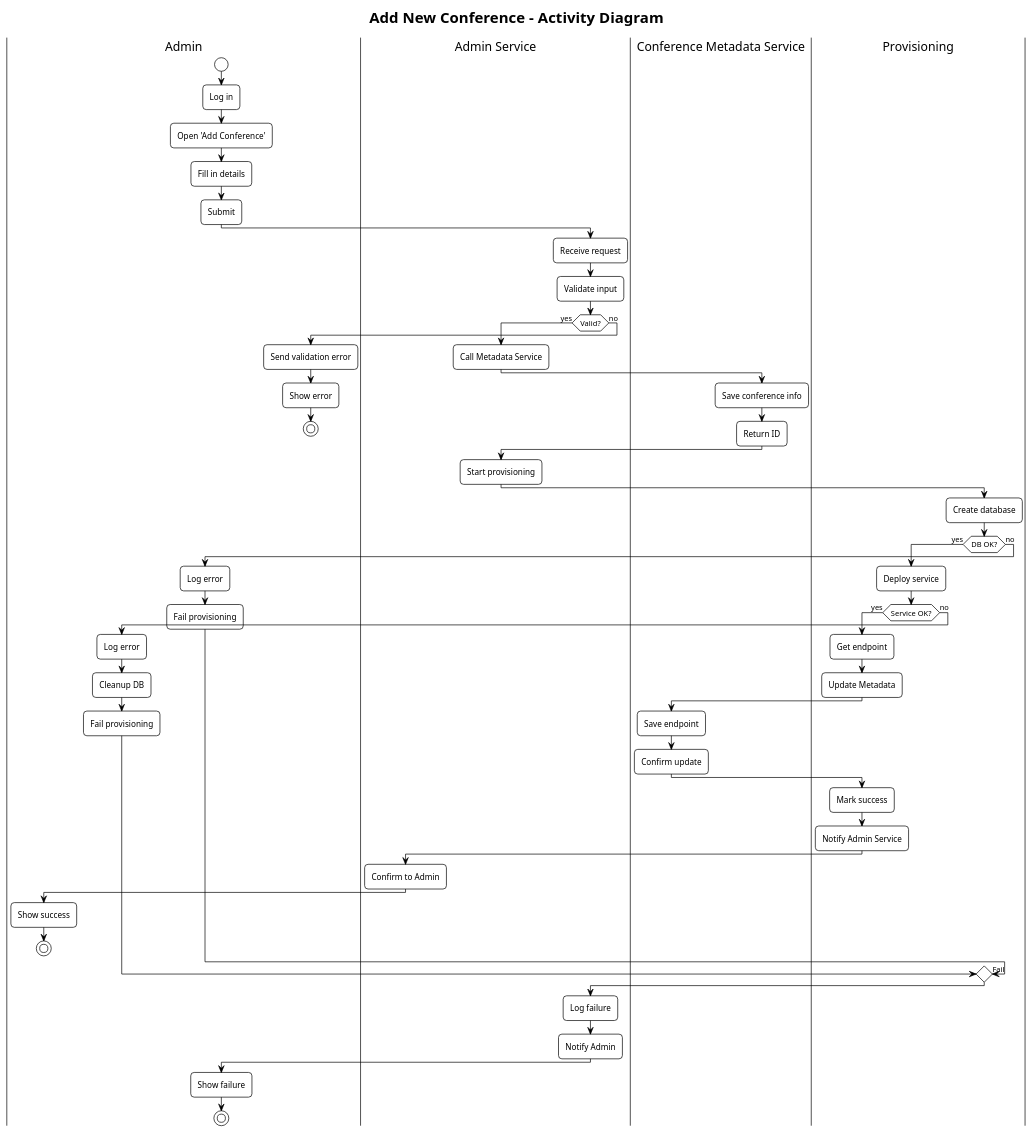
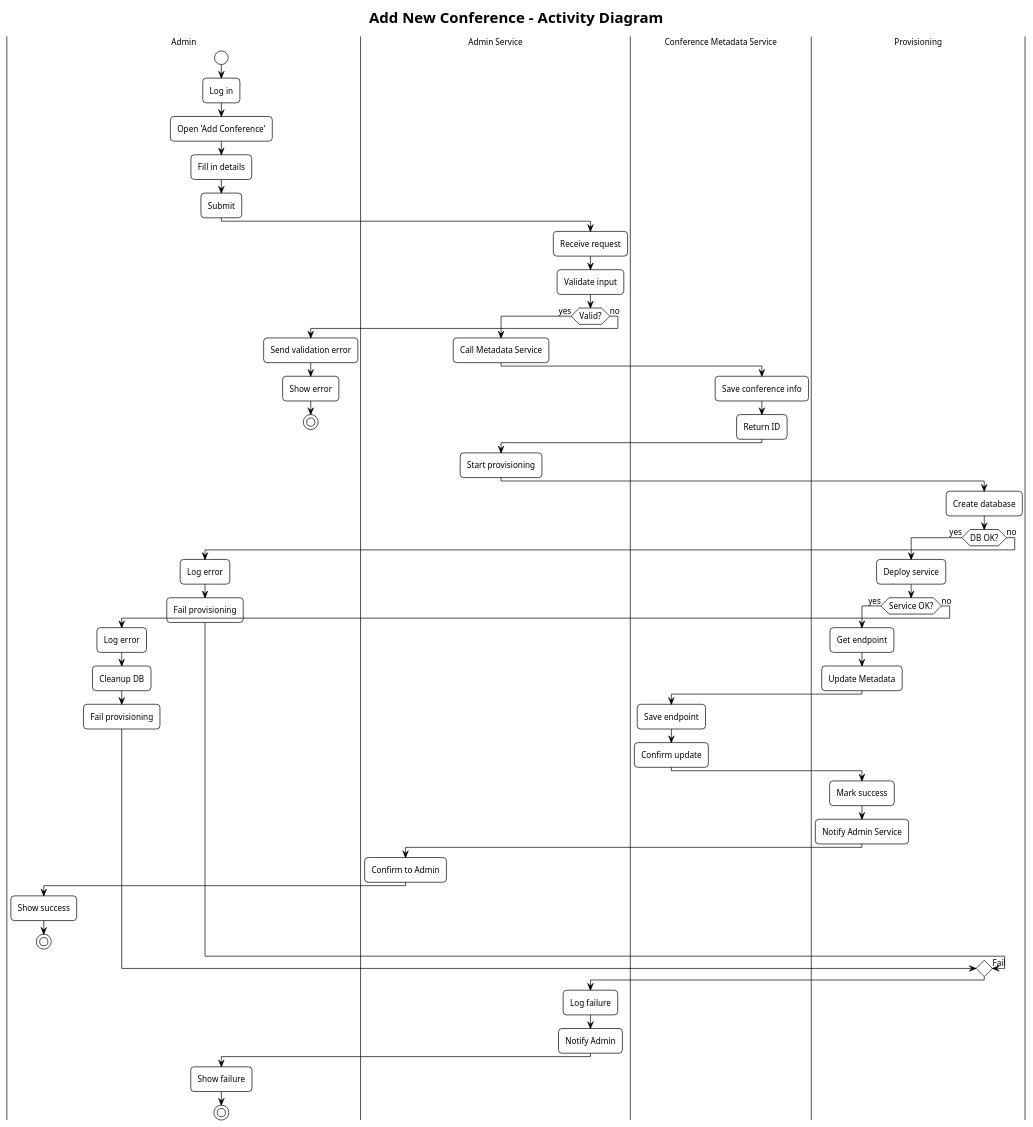
One commit to Guillermode20/softarch2-uni-work changed the diagram in process/process-admin-add.puml. Above: the diagram before and after it, drawn with PlantUML. The commit also changed 6 other files, not shown here.

First line of the commit message:
docs: Align PlantUML diagrams with style guide

```diff
--- a/process/process-admin-add.puml
+++ b/process/process-admin-add.puml
@@ -1,88 +1,91 @@
-@startuml
+@startuml AdminAddConferenceActivity
 !theme plain
 skinparam ClassAttributeIconSize 0
 skinparam roundcorner 10
 skinparam sequenceMessageAlign center
+skinparam DefaultFontName "Arial"
+skinparam DefaultFontSize 12
+skinparam shadowing false
 title Add New Conference - Activity Diagram
 
 ' ===== Admin Flow =====
 |Admin|
 start
 :Log in;
 :Open 'Add Conference';
 :Fill in details;
 :Submit;
 
 ' ===== Admin Service Flow =====
 |Admin Service|
 :Receive request;
 :Validate input;
 if (Valid?) then (yes)
   :Call Metadata Service;
   
   ' ===== Conference Metadata Service Flow =====
   |Conference Metadata Service|
   :Save conference info;
   :Return ID;
   
   ' ===== Admin Service Flow (continued) =====
   |Admin Service|
   :Start provisioning;
   
   ' ===== Provisioning Flow =====
   |Provisioning|
   :Create database;
   if (DB OK?) then (yes)
     :Deploy service;
     if (Service OK?) then (yes)
       :Get endpoint;
       :Update Metadata;
       
       ' ===== Conference Metadata Service Flow (continued) =====
       |Conference Metadata Service|
       :Save endpoint;
       :Confirm update;
       
       ' ===== Provisioning Flow (continued) =====
       |Provisioning|
       :Mark success;
       :Notify Admin Service;
       
       ' ===== Admin Service Flow (continued) =====
       |Admin Service|
       :Confirm to Admin;
       
       ' ===== Admin Flow (continued) =====
       |Admin|
       :Show success;
       stop
     else (no)
       :Log error;
       :Cleanup DB;
       :Fail provisioning;
       -> Fail;
     endif
   else (no)
     :Log error;
     :Fail provisioning;
     -> Fail;
   endif
 else (no)
   :Send validation error;
   
   ' ===== Admin Flow (continued) =====
   |Admin|
   :Show error;
   stop
 endif
 
 ' ===== Failure Handling =====
 label Fail
 |Admin Service|
 :Log failure;
 :Notify Admin;
 
 |Admin|
 :Show failure;
 stop
 @enduml
```
